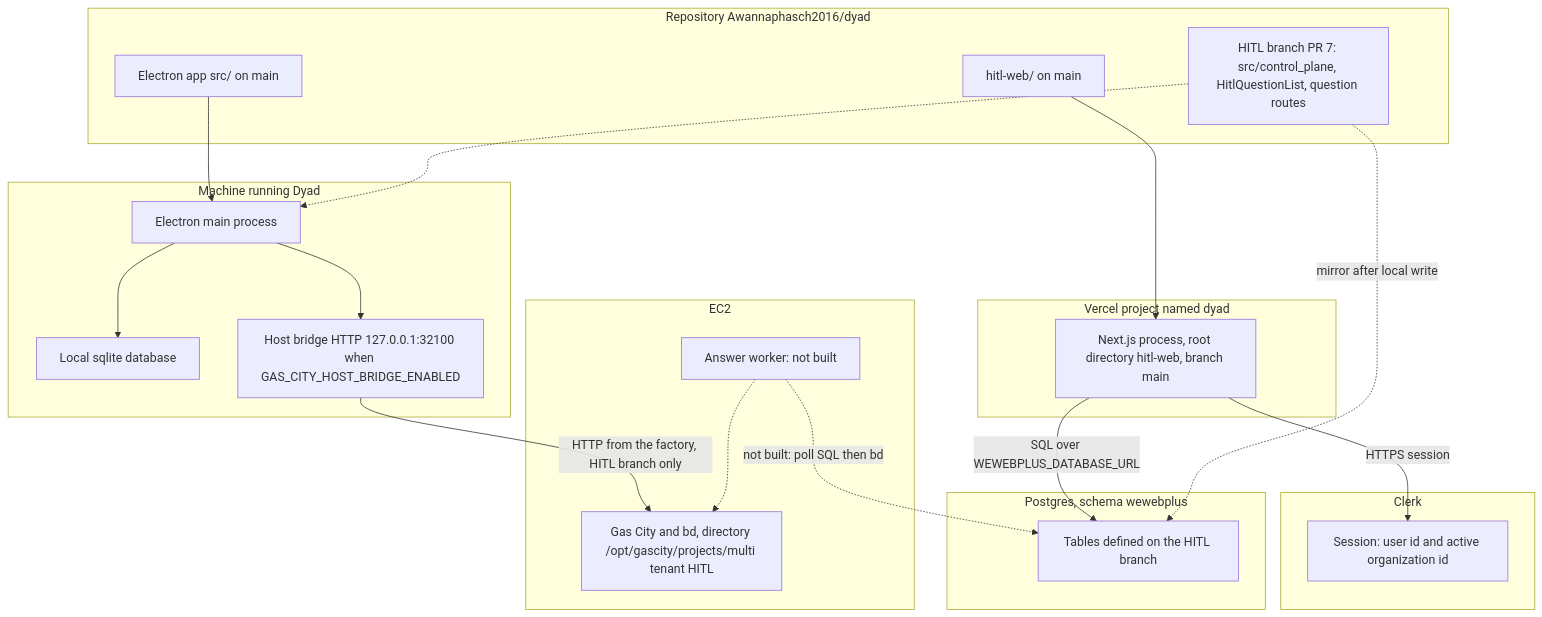
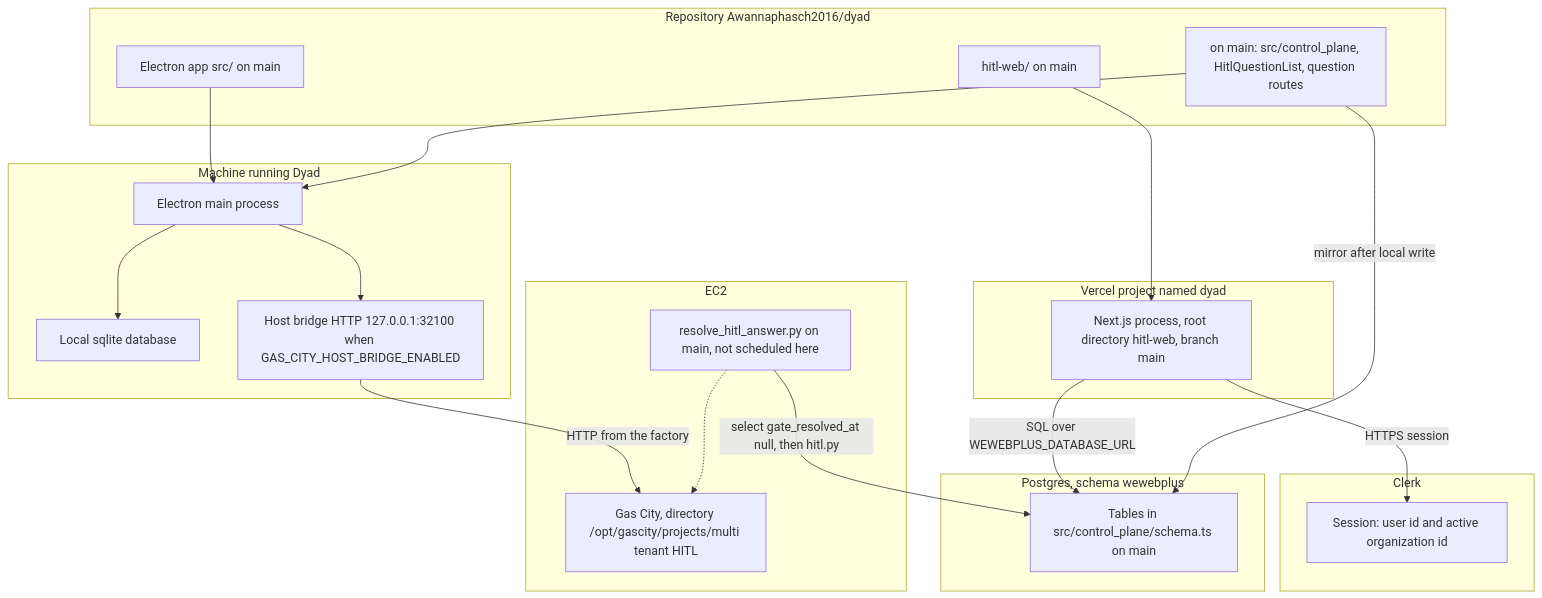
Before and after one commit to Awannaphasch2016/dyad: the first of 7 diagrams in docs/hitl-architecture.md, drawn with Mermaid. The commit also changed other lines of this file, not shown here.

First line of the commit message:
Record that the Human Loop note matches main.

````diff
--- a/docs/hitl-architecture.md
+++ b/docs/hitl-architecture.md
@@ -13,43 +18,43 @@
 ```mermaid
 flowchart TB
   subgraph repoDyad ["Repository Awannaphasch2016/dyad"]
     hitlFolder["hitl-web/ on main"]
     electronSrc["Electron app src/ on main"]
-    hitlBranch["HITL branch PR 7: src/control_plane, HitlQuestionList, question routes"]
+    hitlCode["on main: src/control_plane, HitlQuestionList, question routes"]
   end
 
   subgraph vercelBox ["Vercel project named dyad"]
     vercelApp["Next.js process, root directory hitl-web, branch main"]
   end
 
   subgraph clerkBox ["Clerk"]
     clerk["Session: user id and active organization id"]
   end
 
   subgraph pgBox ["Postgres, schema wewebplus"]
-    pg["Tables defined on the HITL branch"]
+    pg["Tables in src/control_plane/schema.ts on main"]
   end
 
   subgraph deviceBox ["Machine running Dyad"]
     electron["Electron main process"]
     sqlite["Local sqlite database"]
     bridge["Host bridge HTTP 127.0.0.1:32100 when GAS_CITY_HOST_BRIDGE_ENABLED"]
   end
 
   subgraph ec2Box ["EC2"]
-    gascity["Gas City and bd, directory /opt/gascity/projects/multi tenant HITL"]
-    worker["Answer worker: not built"]
+    gascity["Gas City, directory /opt/gascity/projects/multi tenant HITL"]
+    worker["resolve_hitl_answer.py on main, not scheduled here"]
   end
 
   hitlFolder --> vercelApp
   vercelApp -->|"HTTPS session"| clerk
   vercelApp -->|"SQL over WEWEBPLUS_DATABASE_URL"| pg
   electronSrc --> electron
   electron --> sqlite
   electron --> bridge
-  hitlBranch -.-> electron
-  hitlBranch -.->|"mirror after local write"| pg
-  bridge -->|"HTTP from the factory, HITL branch only"| gascity
-  worker -.->|"not built: poll SQL then bd"| pg
+  hitlCode --> electron
+  hitlCode -->|"mirror after local write"| pg
+  bridge -->|"HTTP from the factory"| gascity
+  worker -->|"select gate_resolved_at null, then hitl.py"| pg
   worker -.-> gascity
 ```
````
